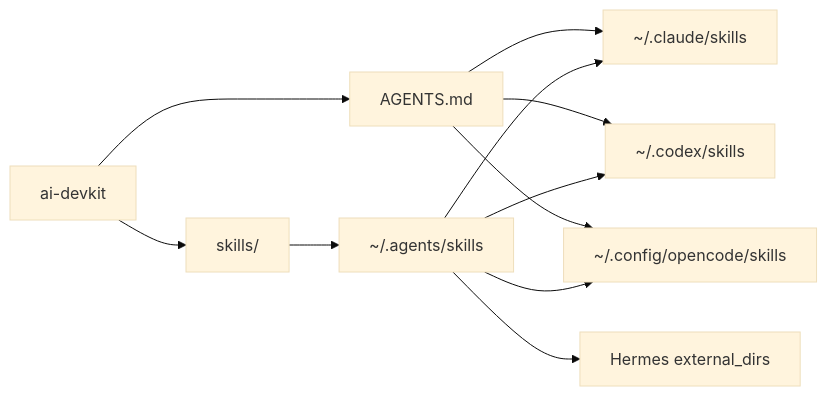
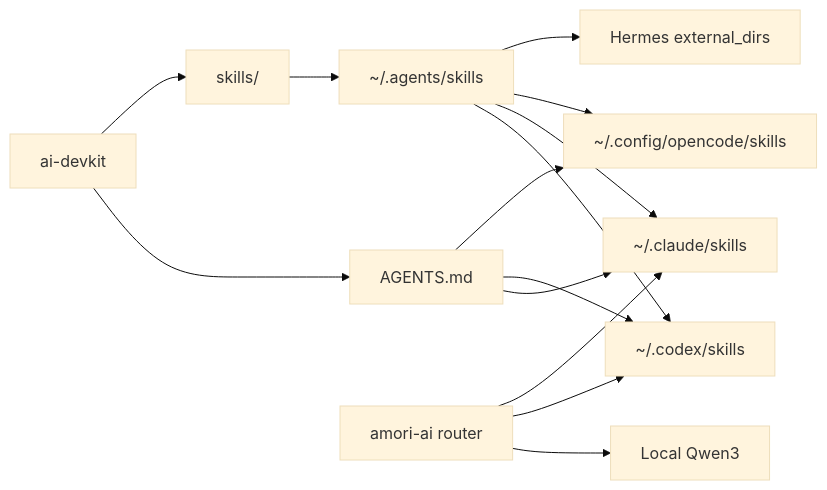
Before and after one commit to Lenis45/ai-devkit: the diagram in README.md, drawn with Mermaid (base theme). The commit also changed other lines of this file and 1 other file, not shown here.

Commit message:
docs: explain cost-aware local and subscription routing

````diff
--- a/README.md
+++ b/README.md
@@ -52,22 +63,27 @@
 ```mermaid
 flowchart LR
   Repo["ai-devkit"]
   Rules["AGENTS.md"]
   Skills["skills/"]
   Shared["~/.agents/skills"]
   Codex["~/.codex/skills"]
   Claude["~/.claude/skills"]
   OpenCode["~/.config/opencode/skills"]
   Hermes["Hermes external_dirs"]
+  Router["amori-ai router"]
+  Ollama["Local Qwen3"]
 
   Repo --> Rules
   Repo --> Skills
   Rules --> Claude
   Rules --> Codex
   Rules --> OpenCode
   Skills --> Shared
   Shared --> Codex
   Shared --> Claude
   Shared --> OpenCode
   Shared --> Hermes
+  Router --> Ollama
+  Router --> Codex
+  Router --> Claude
 ```
````
